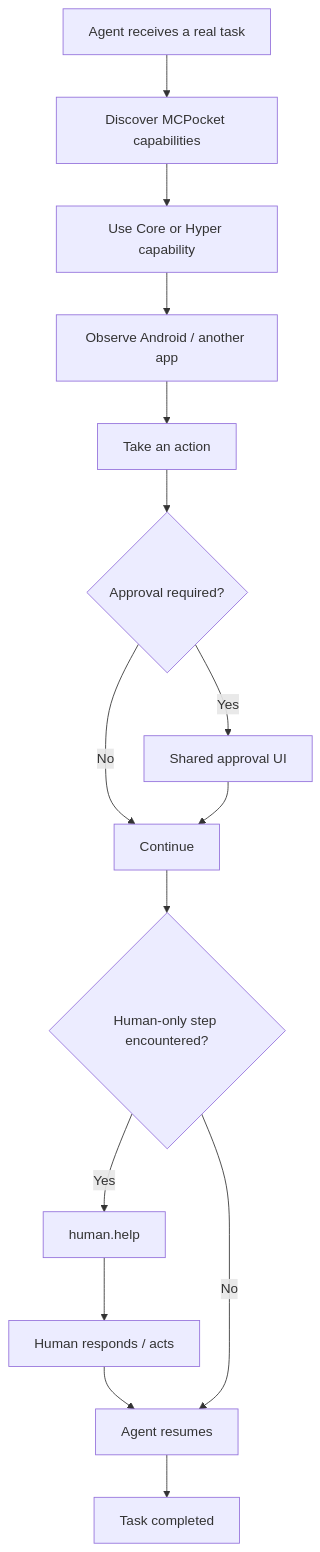
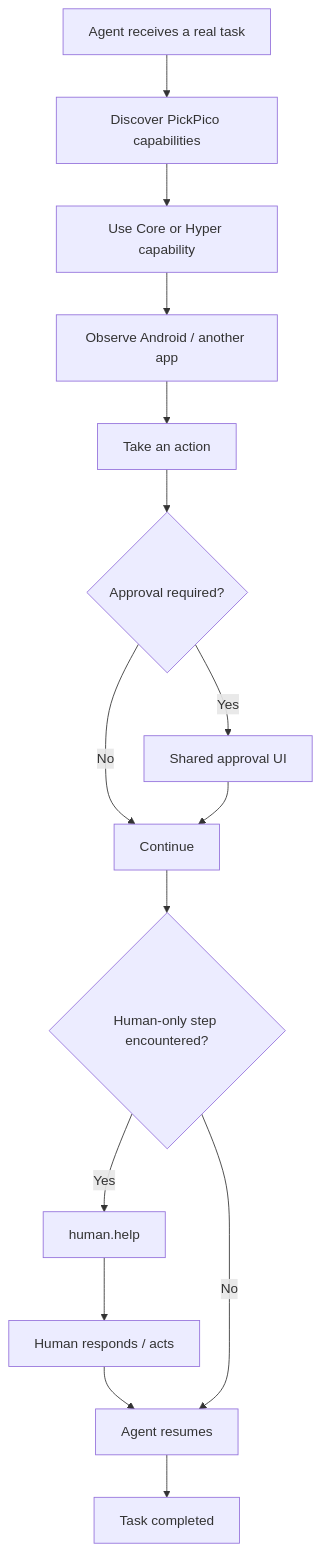
Before and after one commit to mabyes1/PickPico: the fifth of 5 diagrams in docs/product-spec-v0.1.md, drawn with Mermaid. The commit also changed other lines of this file and 12 other files, not shown here.

````diff
--- a/docs/product-spec-v0.1.md
+++ b/docs/product-spec-v0.1.md
@@ -605,17 +706,17 @@
 ```mermaid
 flowchart TD
-    A[Agent receives a real task] --> B[Discover MCPocket capabilities]
+    A[Agent receives a real task] --> B[Discover PickPico capabilities]
     B --> C[Use Core or Hyper capability]
     C --> D[Observe Android / another app]
     D --> E[Take an action]
     E --> F{Approval required?}
     F -->|Yes| G[Shared approval UI]
     F -->|No| H[Continue]
     G --> H
     H --> I{Human-only step encountered?}
     I -->|Yes| J[human.help]
     J --> K[Human responds / acts]
     K --> L[Agent resumes]
     I -->|No| L
     L --> M[Task completed]
 ```
````
